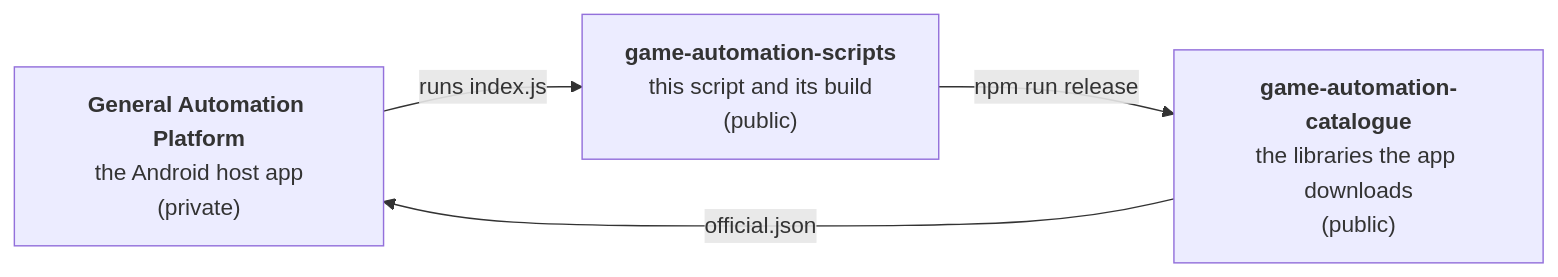
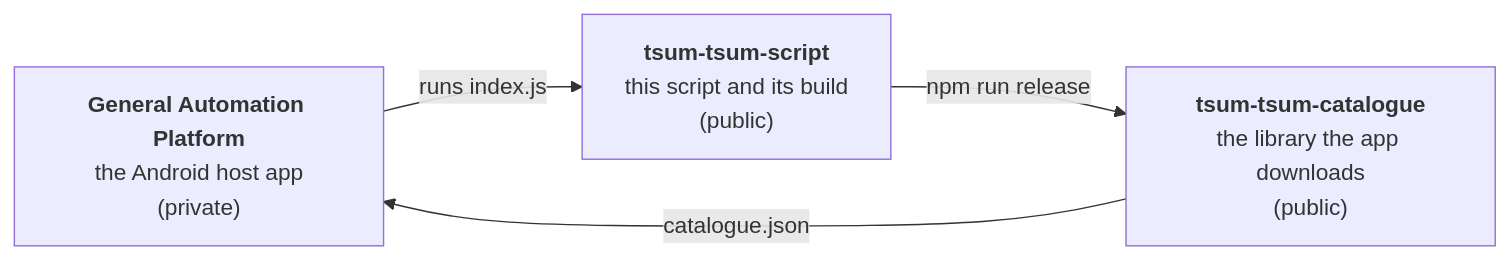
One commit to TsumTsumScripts/website changed the diagram in docs/index.md. Above: the diagram before and after it, drawn with Mermaid. The commit also changed other lines of this file and 30 other files, not shown here.

````diff
--- a/docs/index.md
+++ b/docs/index.md
@@ -43,9 +44,9 @@
 ```mermaid
 flowchart LR
   app["<b>General Automation Platform</b><br/>the Android host app<br/>(private)"]
-  scripts["<b>game-automation-scripts</b><br/>this script and its build<br/>(public)"]
-  catalogue["<b>game-automation-catalogue</b><br/>the libraries the app downloads<br/>(public)"]
+  scripts["<b>tsum-tsum-script</b><br/>this script and its build<br/>(public)"]
+  catalogue["<b>tsum-tsum-catalogue</b><br/>the library the app downloads<br/>(public)"]
   scripts -- "npm run release" --> catalogue
-  catalogue -- "official.json" --> app
+  catalogue -- "catalogue.json" --> app
   app -- "runs index.js" --> scripts
 ```
````
